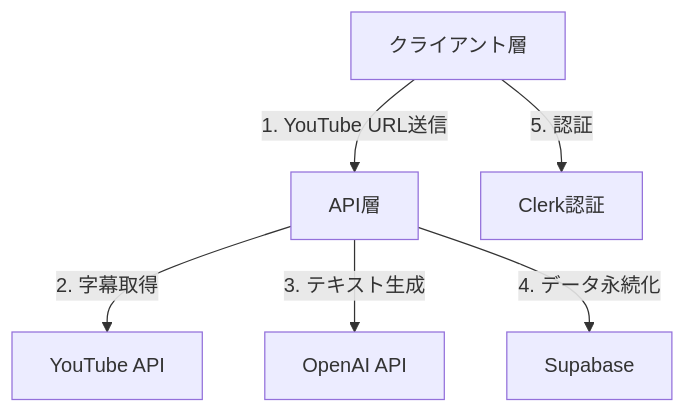
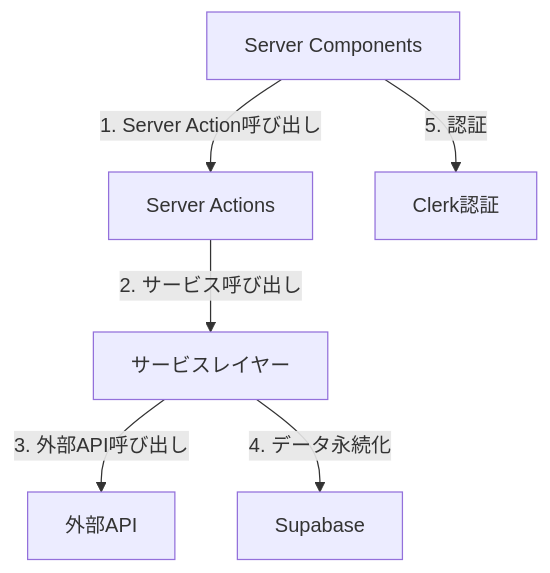
One commit to iamyosuke/youtube-blog-ai changed the first of 2 diagrams in memory-bank/systemPatterns.md. Above: the diagram before and after it, drawn with Mermaid. The commit also changed other lines of this file and 4 other files, not shown here.

````diff
--- a/memory-bank/systemPatterns.md
+++ b/memory-bank/systemPatterns.md
@@ -4,8 +4,8 @@
 ```mermaid
 graph TD
-    Client[クライアント層] --> |1. YouTube URL送信| API[API層]
-    API --> |2. 字幕取得| YT[YouTube API]
-    API --> |3. テキスト生成| OpenAI[OpenAI API]
-    API --> |4. データ永続化| DB[Supabase]
+    Client[Server Components] --> |1. Server Action呼び出し| Action[Server Actions]
+    Action --> |2. サービス呼び出し| Service[サービスレイヤー]
+    Service --> |3. 外部API呼び出し| External[外部API]
+    Service --> |4. データ永続化| DB[Supabase]
     Client --> |5. 認証| Auth[Clerk認証]
 ```
````
